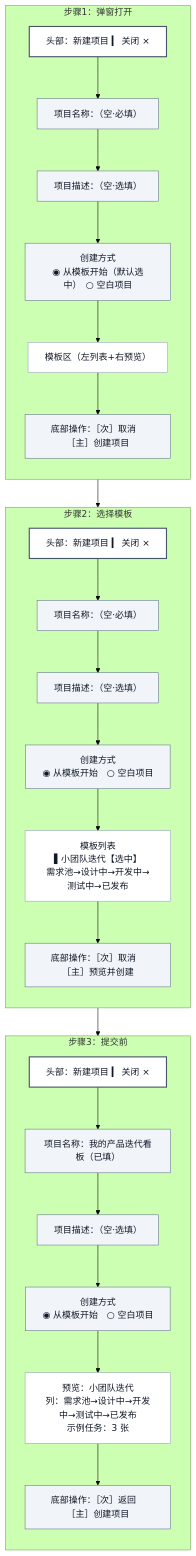
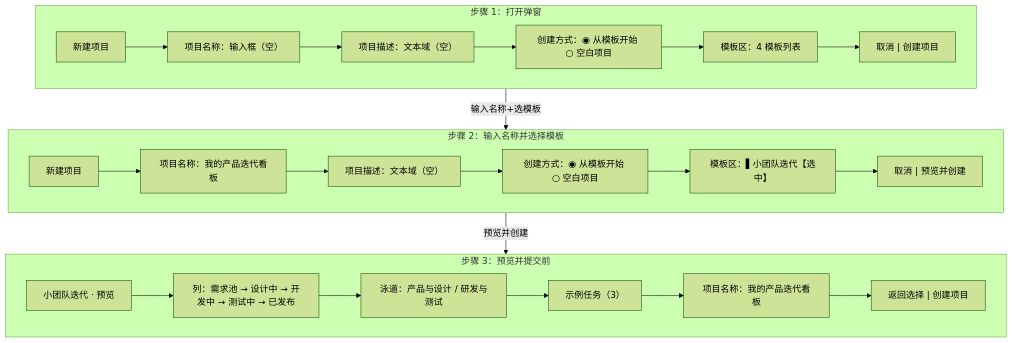
Before and after one commit to tangtongqing/kanboard-onboarding-optimization: the fifth of 10 diagrams in docs/05-validation/低保真对照测试资产-PD-010C.md, drawn with Mermaid (forest theme). The commit also changed other lines of this file and 146 other files, not shown here.

````diff
--- a/docs/05-validation/低保真对照测试资产-PD-010C.md
+++ b/docs/05-validation/低保真对照测试资产-PD-010C.md
@@ -225,44 +216,32 @@
 ```mermaid
 flowchart TB
-    subgraph T05_STEP1["步骤1：弹窗打开"]
-        direction TB
-        T05_HEAD["头部：新建项目 ▎ 关闭 ×"]
-        T05_NAME1["项目名称：（空·必填）"]
-        T05_DESC1["项目描述：（空·选填）"]
-        T05_MODE1["创建方式<br/>◉ 从模板开始（默认选中）　○ 空白项目"]
-        T05_AREA1["模板区（左列表+右预览）"]
-        T05_ACT1["底部操作：［次］取消　［主］创建项目"]
-        T05_HEAD --> T05_NAME1 --> T05_DESC1 --> T05_MODE1 --> T05_AREA1 --> T05_ACT1
+    subgraph STEP1_A["步骤 1：打开弹窗"]
+        S1A_HEAD["新建项目"]
+        S1A_NAME["项目名称：输入框（空）"]
+        S1A_DESC["项目描述：文本域（空）"]
+        S1A_MODE["创建方式：◉ 从模板开始 ○ 空白项目"]
+        S1A_AREA["模板区：4 模板列表"]
+        S1A_ACTS["取消 | 创建项目"]
+        S1A_HEAD --> S1A_NAME --> S1A_DESC --> S1A_MODE --> S1A_AREA --> S1A_ACTS
     end
-
-    subgraph T05_STEP2["步骤2：选择模板"]
-        direction TB
-        T05_HEAD2["头部：新建项目 ▎ 关闭 ×"]
-        T05_NAME2["项目名称：（空·必填）"]
-        T05_DESC2["项目描述：（空·选填）"]
-        T05_MODE2["创建方式<br/>◉ 从模板开始　○ 空白项目"]
-        T05_LIST2["模板列表<br/>▌小团队迭代【选中】<br/>需求池→设计中→开发中→测试中→已发布"]
-        T05_ACT2["底部操作：［次］取消　［主］预览并创建"]
-        T05_HEAD2 --> T05_NAME2 --> T05_DESC2 --> T05_MODE2 --> T05_LIST2 --> T05_ACT2
+    subgraph STEP2_A["步骤 2：输入名称并选择模板"]
+        S2A_HEAD["新建项目"]
+        S2A_NAME["项目名称：我的产品迭代看板"]
+        S2A_DESC["项目描述：文本域（空）"]
+        S2A_MODE["创建方式：◉ 从模板开始 ○ 空白项目"]
+        S2A_SEL["模板区：▌小团队迭代【选中】"]
+        S2A_ACTS["取消 | 预览并创建"]
+        S2A_HEAD --> S2A_NAME --> S2A_DESC --> S2A_MODE --> S2A_SEL --> S2A_ACTS
     end
-
-    subgraph T05_STEP3["步骤3：提交前"]
-        direction TB
-        T05_HEAD3["头部：新建项目 ▎ 关闭 ×"]
-        T05_NAME3["项目名称：我的产品迭代看板（已填）"]
-        T05_DESC3["项目描述：（空·选填）"]
-        T05_MODE3["创建方式<br/>◉ 从模板开始　○ 空白项目"]
-        T05_PREV3["预览：小团队迭代<br/>列：需求池→设计中→开发中→测试中→已发布<br/>示例任务：3 张"]
-        T05_ACT3["底部操作：［次］返回　［主］创建项目"]
-        T05_HEAD3 --> T05_NAME3 --> T05_DESC3 --> T05_MODE3 --> T05_PREV3 --> T05_ACT3
+    subgraph STEP3_A["步骤 3：预览并提交前"]
+        S3A_HEAD["小团队迭代 · 预览"]
+        S3A_COLS["列：需求池 → 设计中 → 开发中 → 测试中 → 已发布"]
+        S3A_LANES["泳道：产品与设计 / 研发与测试"]
+        S3A_CARDS["示例任务（3）"]
+        S3A_NAME["项目名称：我的产品迭代看板"]
+        S3A_ACTS["返回选择 | 创建项目"]
+        S3A_HEAD --> S3A_COLS --> S3A_LANES --> S3A_CARDS --> S3A_NAME --> S3A_ACTS
     end
-
-    T05_STEP1 --> T05_STEP2 --> T05_STEP3
-
-    classDef frame fill:#ffffff,stroke:#475569,color:#111827,stroke-width:2px;
-    classDef control fill:#f1f5f9,stroke:#64748b,color:#111827;
-    classDef content fill:#ffffff,stroke:#94a3b8,color:#111827;
-    class T05_HEAD,T05_HEAD2,T05_HEAD3 frame;
-    class T05_NAME1,T05_NAME2,T05_NAME3,T05_DESC1,T05_DESC2,T05_DESC3,T05_MODE1,T05_MODE2,T05_MODE3,T05_ACT1,T05_ACT2,T05_ACT3 control;
-    class T05_AREA1,T05_LIST2,T05_PREV3 content;
+    STEP1_A -->|"输入名称+选模板"| STEP2_A
+    STEP2_A -->|"预览并创建"| STEP3_A
 ```
````
